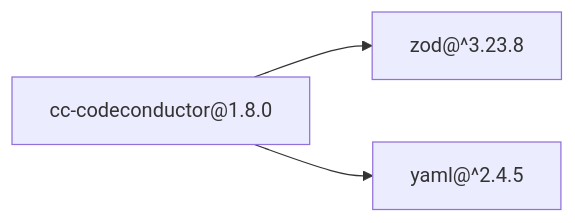
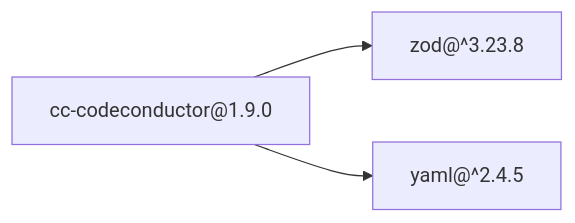
One commit to lgzarturo/codeconductor changed the diagram in README.md. Above: the diagram before and after it, drawn with Mermaid. The commit also changed other lines of this file and 6 other files, not shown here.

````diff
--- a/README.md
+++ b/README.md
@@ -348,8 +348,8 @@
 ```mermaid
 graph LR
-  cc["cc-codeconductor@1.8.0"]
+  cc["cc-codeconductor@1.9.0"]
   zod["zod@^3.23.8"]
   yaml["yaml@^2.4.5"]
   cc --> zod
   cc --> yaml
 ```
````
